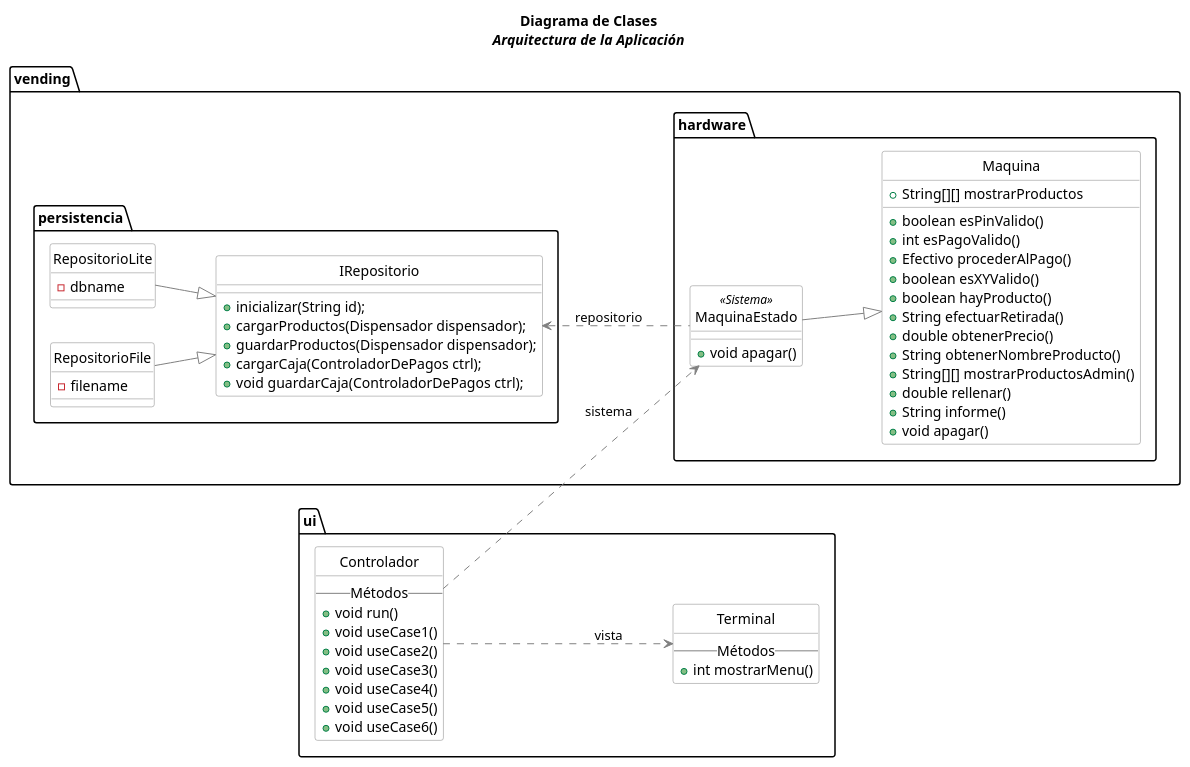
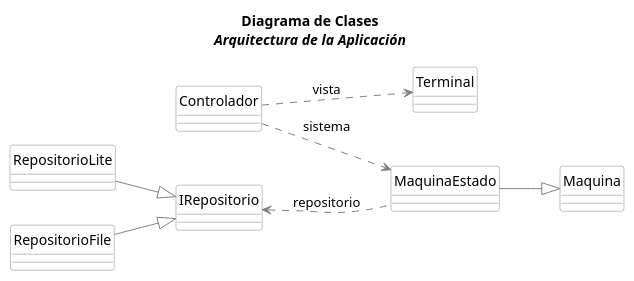
The eighth of 8 diagrams in ejemplos/maquina_vending.md (srlopez/RUP), drawn with PlantUML before and after one commit. The commit also changed other lines of this file, not shown here.

````diff
--- a/ejemplos/maquina_vending.md
+++ b/ejemplos/maquina_vending.md
@@ -557,80 +556,80 @@
 ```plantuml
 @startuml
 title <b>Diagrama de Clases</b>\n<i>Arquitectura de la Aplicación</i>
 left to right direction
 skinparam class {
   skinparam monochrome true
   skinparam shadowing false
   BackgroundColor White
   BorderColor Gray
   ' FontName Consolas
   ArrowColor Gray
 }
 scale 1
 hide circle
 
-package vending {
-  package hardware {
-    class Maquina {
-      +boolean esPinValido()
-      +int esPagoValido()
-      +Efectivo procederAlPago()
-      +boolean esXYValido()
-      +boolean hayProducto()
-      +String efectuarRetirada()
-      +double obtenerPrecio()
-      +String obtenerNombreProducto()
-      +String[][] mostrarProductos
-      +String[][] mostrarProductosAdmin()
-      +double rellenar()
-      +String informe()
-      +void apagar()
-    }
-    class MaquinaEstado<<Sistema>> {
-      +void apagar()
-    }
-  }
-  package persistencia {
-    class RepositorioLite{ 
-      -dbname 
-    }
-    class RepositorioFile{ 
-      -filename 
-    }
+' package vending {
+'   package hardware {
+'     class Maquina {
+'       +boolean esPinValido()
+'       +int esPagoValido()
+'       +Efectivo procederAlPago()
+'       +boolean esXYValido()
+'       +boolean hayProducto()
+'       +String efectuarRetirada()
+'       +double obtenerPrecio()
+'       +String obtenerNombreProducto()
+'       +String[][] mostrarProductos
+'       +String[][] mostrarProductosAdmin()
+'       +double rellenar()
+'       +String informe()
+'       +void apagar()
+'     }
+'     class MaquinaEstado<<Sistema>> {
+'       +void apagar()
+'     }
+'   }
+'   package persistencia {
+'     class RepositorioLite{ 
+'       -dbname 
+'     }
+'     class RepositorioFile{ 
+'       -filename 
+'     }
 
-    class IRepositorio
-    {
-    +inicializar(String id);
-    +cargarProductos(Dispensador dispensador);
-    +guardarProductos(Dispensador dispensador);
-    +cargarCaja(ControladorDePagos ctrl);
-    +void guardarCaja(ControladorDePagos ctrl);
-    }
-  }
-}
-package ui {
-  class Controlador{
-  -- Métodos --
-    +void run()
-    +void useCase1()
-    +void useCase2()
-    +void useCase3()
-    +void useCase4()
-    +void useCase5()
-    +void useCase6()
-  }
+'     class IRepositorio
+'     {
+'     +inicializar(String id);
+'     +cargarProductos(Dispensador dispensador);
+'     +guardarProductos(Dispensador dispensador);
+'     +cargarCaja(ControladorDePagos ctrl);
+'     +void guardarCaja(ControladorDePagos ctrl);
+'     }
+'   }
+' }
+' package ui {
+'   class Controlador{
+'   -- Métodos --
+'     +void run()
+'     +void useCase1()
+'     +void useCase2()
+'     +void useCase3()
+'     +void useCase4()
+'     +void useCase5()
+'     +void useCase6()
+'   }
 
-  class Terminal{
-  -- Métodos --
-    +int mostrarMenu()
-  }
-}
-
+'   class Terminal{
+'   -- Métodos --
+'     +int mostrarMenu()
+'   }
+' }
 
 IRepositorio <.. MaquinaEstado : repositorio
 MaquinaEstado --|> Maquina
 Controlador ..> MaquinaEstado: sistema 
 Controlador ..> Terminal: vista
 RepositorioLite --|> IRepositorio
 RepositorioFile --|> IRepositorio
+@enduml
 ```
````
